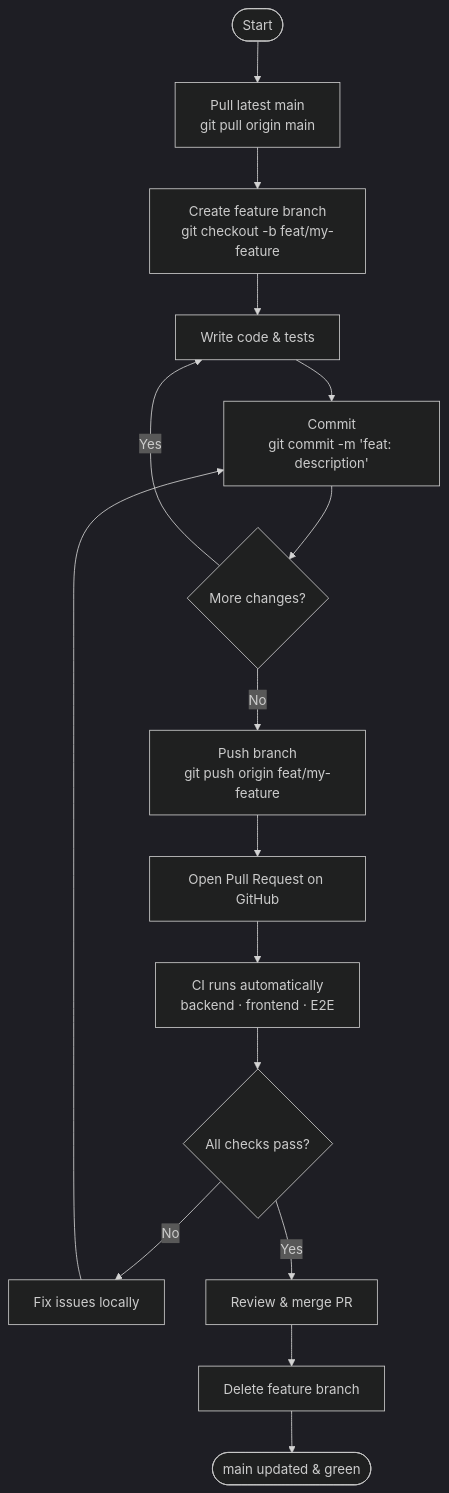
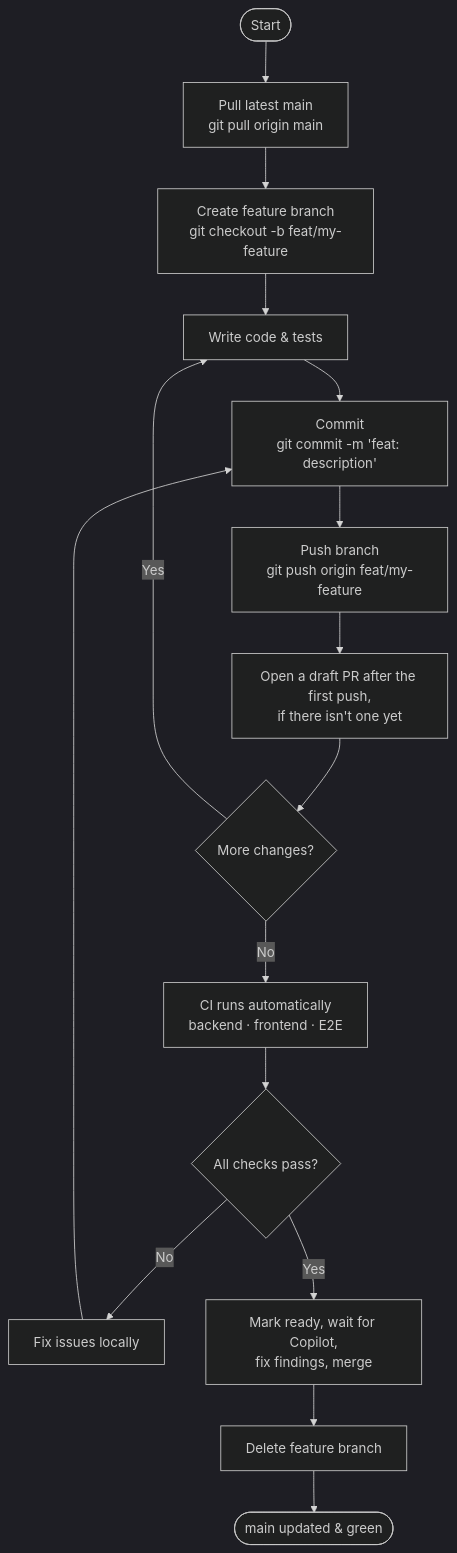
The first of 2 diagrams in CONTRIBUTING.md (oggthemiffed/RCTimingControl), drawn with Mermaid (dark theme) before and after one commit. The commit also changed other lines of this file and 13 other files, not shown here.

````diff
--- a/CONTRIBUTING.md
+++ b/CONTRIBUTING.md
@@ -19,18 +31,18 @@
 ```mermaid
 flowchart TD
     A([Start]) --> B[Pull latest main\ngit pull origin main]
     B --> C[Create feature branch\ngit checkout -b feat/my-feature]
     C --> D[Write code & tests]
     D --> E[Commit\ngit commit -m 'feat: description']
-    E --> F{More changes?}
+    E --> G[Push branch\ngit push origin feat/my-feature]
+    G --> H[Open a draft PR after the first push,\nif there isn't one yet]
+    H --> F{More changes?}
     F -- Yes --> D
-    F -- No --> G[Push branch\ngit push origin feat/my-feature]
-    G --> H[Open Pull Request on GitHub]
-    H --> I[CI runs automatically\nbackend · frontend · E2E]
+    F -- No --> I[CI runs automatically\nbackend · frontend · E2E]
     I --> J{All checks pass?}
     J -- No --> K[Fix issues locally]
     K --> E
-    J -- Yes --> L[Review & merge PR]
+    J -- Yes --> L[Mark ready, wait for Copilot,\nfix findings, merge]
     L --> M[Delete feature branch]
     M --> N([main updated & green])
 ```
````
